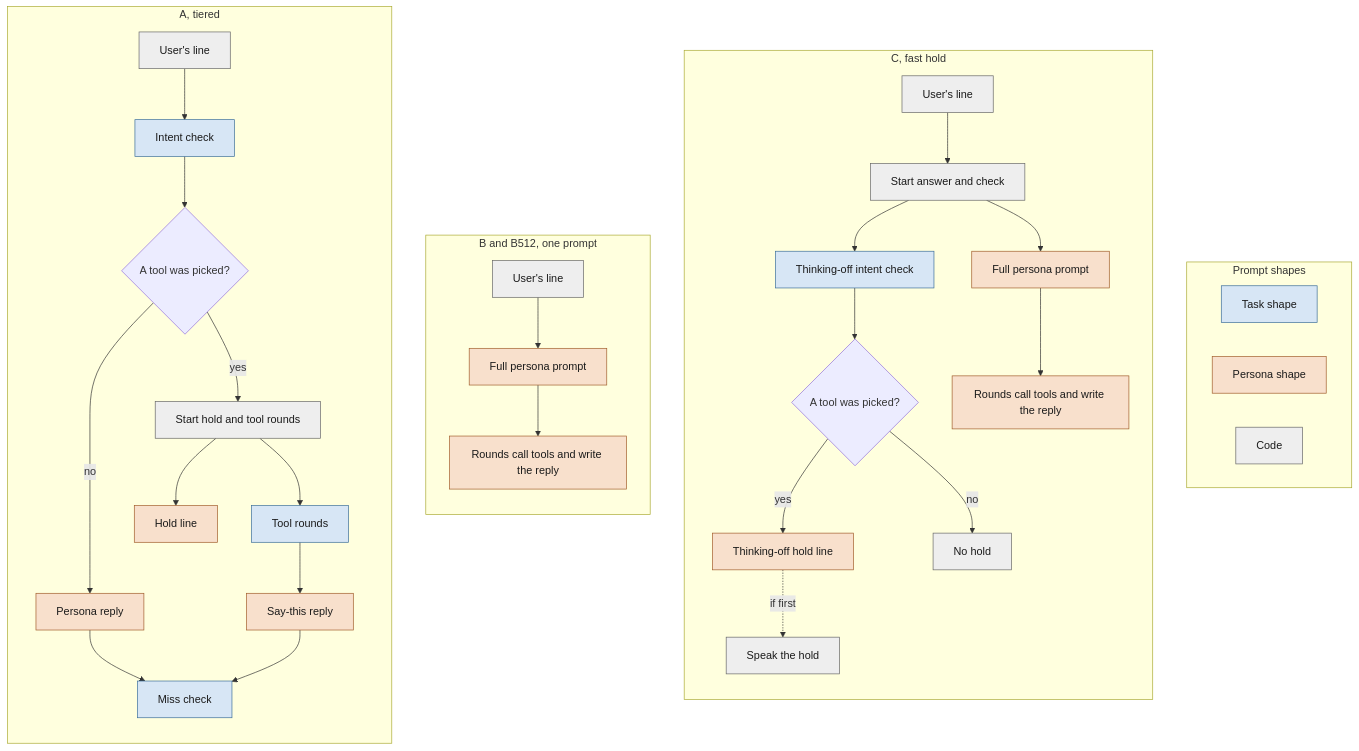
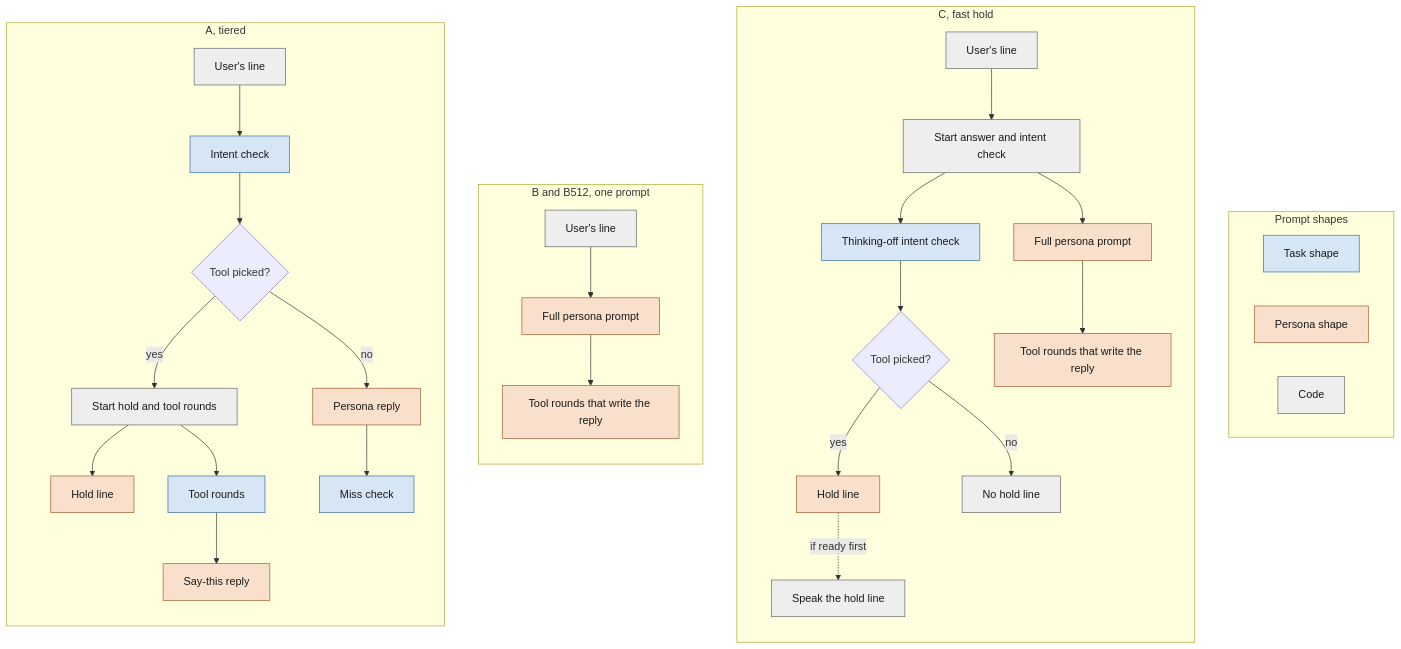
One commit to miramocha/MiraCeti-Benchmarks changed the first of 2 diagrams in prompt-order-vs-full-2026-11-26/README.md. Above: the diagram before and after it, drawn with Mermaid. The commit also changed other lines of this file and 1 other file, not shown here.

First line of the commit message:
Apply wording review and verified fact fixes to the prompt-order write-up

````diff
--- a/prompt-order-vs-full-2026-11-26/README.md
+++ b/prompt-order-vs-full-2026-11-26/README.md
@@ -76,44 +56,43 @@
 ```mermaid
 flowchart TD
     classDef task fill:#d7e6f5,stroke:#3a6d99,color:#1a1a1a
     classDef persona fill:#f8e0cc,stroke:#a15c2a,color:#1a1a1a
     classDef sys fill:#eeeeee,stroke:#666666,color:#1a1a1a
 
     subgraph Legend["Prompt shapes"]
         direction LR
         LT[Task shape]:::task
         LP[Persona shape]:::persona
         LC[Code]:::sys
     end
 
     subgraph ArmC["C, fast hold"]
         direction TB
-        CU[User's line]:::sys --> CStart[Start answer and check]:::sys
+        CU[User's line]:::sys --> CStart[Start answer and intent check]:::sys
         CStart --> CF[Full persona prompt]:::persona
         CStart --> CI[Thinking-off intent check]:::task
-        CI --> CQ{A tool was picked?}
-        CQ -- yes --> CH[Thinking-off hold line]:::persona
-        CQ -- no --> CSkip[No hold]:::sys
-        CF --> CR[Rounds call tools and write the reply]:::persona
-        CH -. if first .-> CS[Speak the hold]:::sys
+        CI --> CQ{Tool picked?}
+        CQ -- yes --> CH[Hold line]:::persona
+        CQ -- no --> CSkip[No hold line]:::sys
+        CF --> CR[Tool rounds that write the reply]:::persona
+        CH -. if ready first .-> CS[Speak the hold line]:::sys
     end
 
     subgraph ArmB["B and B512, one prompt"]
         direction TB
         BU[User's line]:::sys --> BF[Full persona prompt]:::persona
-        BF --> BR[Rounds call tools and write the reply]:::persona
+        BF --> BR[Tool rounds that write the reply]:::persona
     end
 
     subgraph ArmA["A, tiered"]
         direction TB
         AU[User's line]:::sys --> AI[Intent check]:::task
-        AI --> AQ{A tool was picked?}
+        AI --> AQ{Tool picked?}
         AQ -- no --> AP[Persona reply]:::persona
         AQ -- yes --> AStart[Start hold and tool rounds]:::sys
         AStart --> AH[Hold line]:::persona
         AStart --> AT[Tool rounds]:::task
         AT --> AS[Say-this reply]:::persona
         AP --> AM[Miss check]:::task
-        AS --> AM
     end
 ```
````
